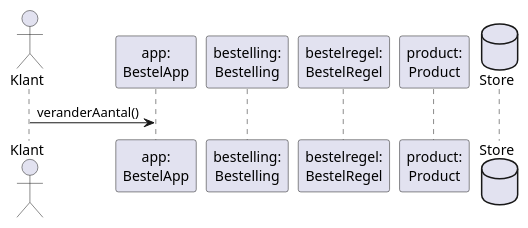
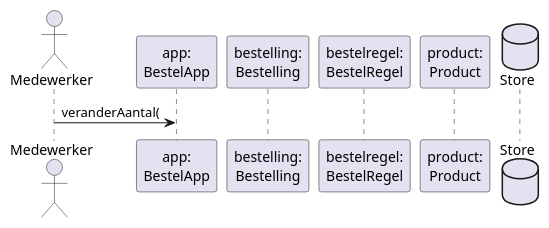
One commit to AIM-ENE/doex-opdracht-2 changed the diagram in oefeningen/les3/voorbereiding/onderdeel3/3C/jouw_uitwerking.puml. Above: the diagram before and after it, drawn with PlantUML. The commit also changed 3 other files, not shown here.

```diff
--- a/oefeningen/les3/voorbereiding/onderdeel3/3C/jouw_uitwerking.puml
+++ b/oefeningen/les3/voorbereiding/onderdeel3/3C/jouw_uitwerking.puml
@@ -1,12 +1,12 @@
 @startuml
 
-actor "Klant" as klant
+actor "Medewerker" as medewerker
 participant "app:\nBestelApp" as app
 participant "bestelling:\nBestelling" as bestelling
 participant "bestelregel:\nBestelRegel" as bestelregel
 participant "product:\nProduct" as product
 database Store
 
-klant -> app: veranderAantal()
+medewerker -> app: veranderAantal(
 
 @enduml
```
